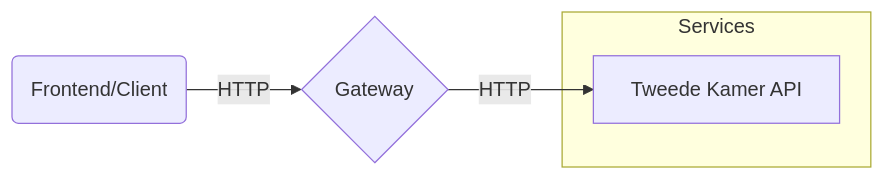
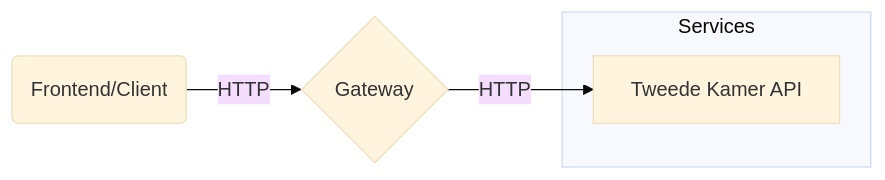
Before and after one commit to parlio-nl/parlio-gateway: the diagram in README.md, drawn with Mermaid.

Commit message:
Mermaid theme

````diff
--- a/README.md
+++ b/README.md
@@ -9,12 +9,13 @@
 ```mermaid
+%%{init: {'theme':'base'}}%%
 flowchart LR
   F(Frontend/Client)-->|HTTP| G{Gateway}
   subgraph S [Services]
     TK[Tweede Kamer API]
   end
   G -->|HTTP| TK
 
   click F "https://github.com/parlio-nl/parlio-frontend" _blank
   click G "https://github.com/parlio-nl/parlio-gateway" _self
   click TK "https://github.com/parlio-nl/parlio-backend" _blank
 ```
````
